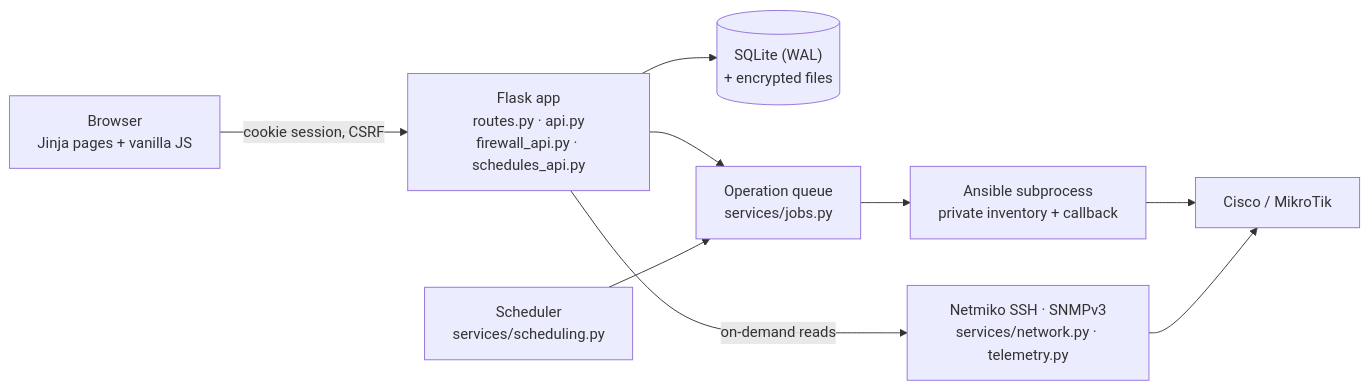
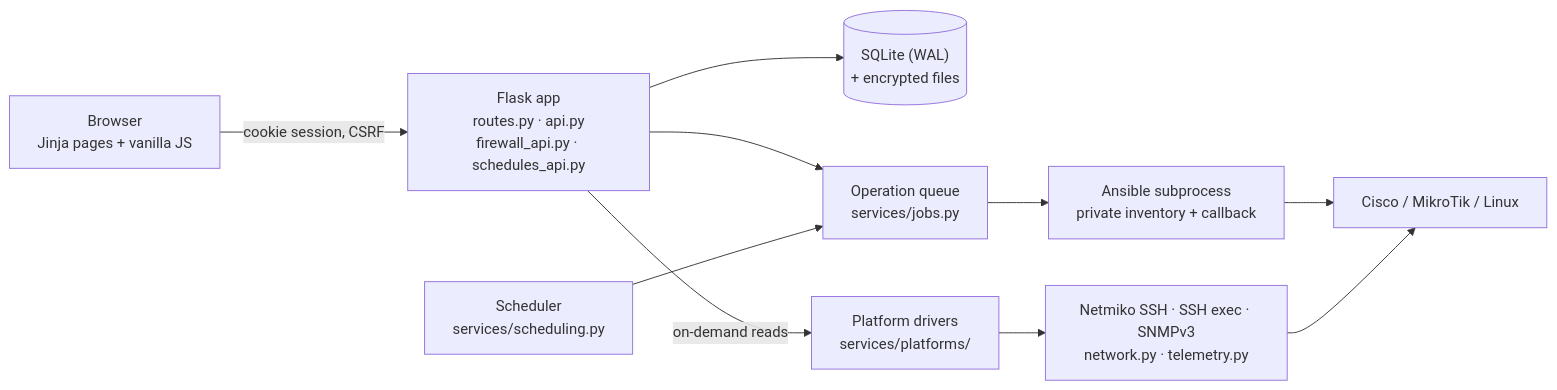
One commit to Ali-Moghanni-ir/Narsika changed the diagram in docs/ARCHITECTURE.md. Above: the diagram before and after it, drawn with Mermaid. The commit also changed other lines of this file and 8 other files, not shown here.

````diff
--- a/docs/ARCHITECTURE.md
+++ b/docs/ARCHITECTURE.md
@@ -7,11 +7,12 @@
 ```mermaid
 flowchart LR
     B["Browser<br>Jinja pages + vanilla JS"] -->|cookie session, CSRF| F["Flask app<br>routes.py · api.py<br>firewall_api.py · schedules_api.py"]
     F --> DB[("SQLite (WAL)<br>+ encrypted files")]
     F --> Q["Operation queue<br>services/jobs.py"]
     S["Scheduler<br>services/scheduling.py"] --> Q
     Q --> A["Ansible subprocess<br>private inventory + callback"]
-    F -->|on-demand reads| N["Netmiko SSH · SNMPv3<br>services/network.py · telemetry.py"]
-    A --> D["Cisco / MikroTik"]
+    F -->|on-demand reads| P["Platform drivers<br>services/platforms/"]
+    P --> N["Netmiko SSH · SSH exec · SNMPv3<br>network.py · telemetry.py"]
+    A --> D["Cisco / MikroTik / Linux"]
     N --> D
 ```
````
